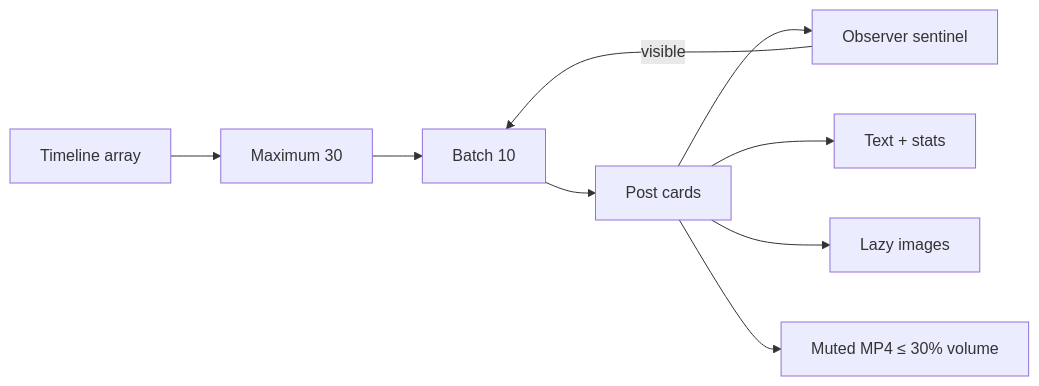
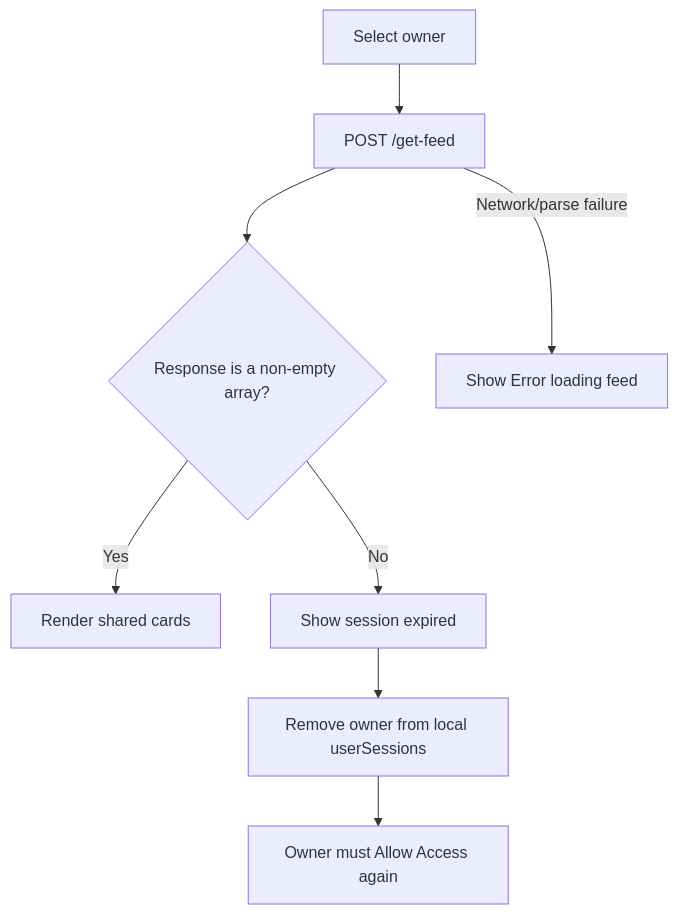
Before and after one commit to SidheshwarSarangal/X_feed_extension: the eighth of 8 diagrams in docs/workflows-and-api.md, drawn with Mermaid. The commit also changed other lines of this file and 4 other files, not shown here.

````diff
--- a/docs/workflows-and-api.md
+++ b/docs/workflows-and-api.md
@@ -155,12 +271,10 @@
 ```mermaid
-flowchart LR
-    Feed[Timeline array] --> Slice[Maximum 30]
-    Slice --> Batch[Batch 10]
-    Batch --> Cards[Post cards]
-    Cards --> Sentinel[Observer sentinel]
-    Sentinel -->|visible| Batch
-
-    Cards --> Text[Text + stats]
-    Cards --> Images[Lazy images]
-    Cards --> Video[Muted MP4 ≤ 30% volume]
+flowchart TD
+    Select[Select owner] --> Request[POST /get-feed]
+    Request --> Result{Response is a non-empty array?}
+    Result -->|Yes| Render[Render shared cards]
+    Result -->|No| Message[Show session expired]
+    Message --> Remove[Remove owner from local userSessions]
+    Remove --> Regrant[Owner must Allow Access again]
+    Request -->|Network/parse failure| Error[Show Error loading feed]
 ```
````
